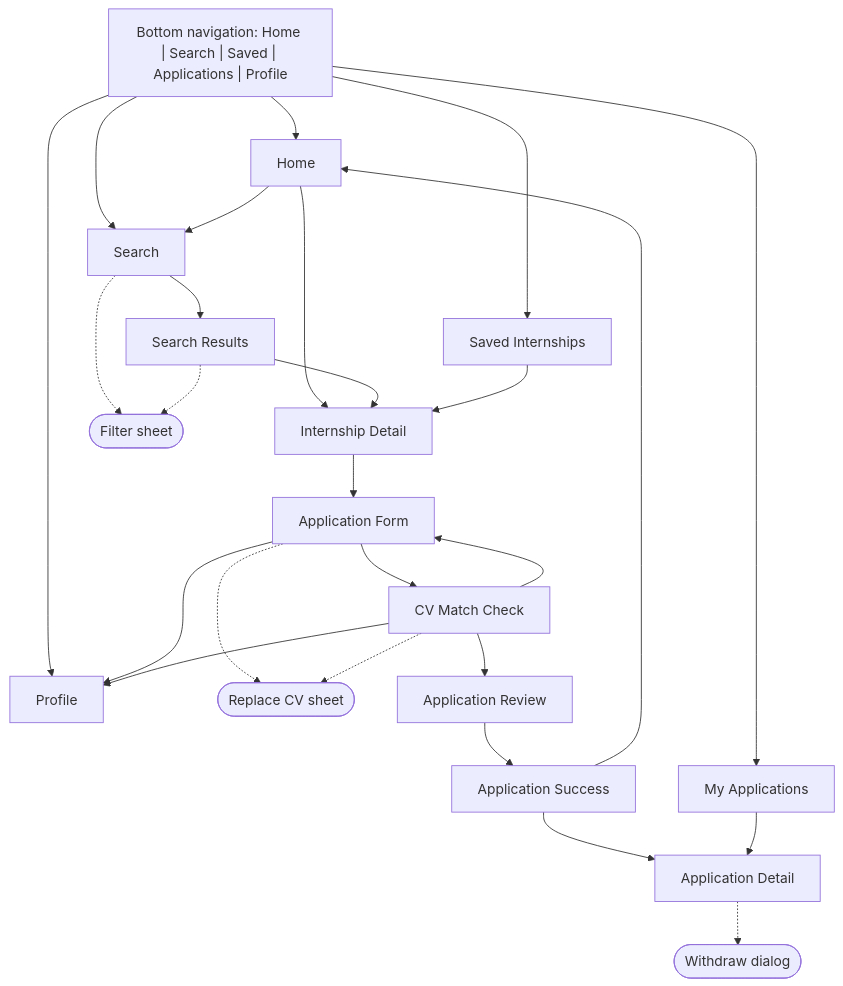
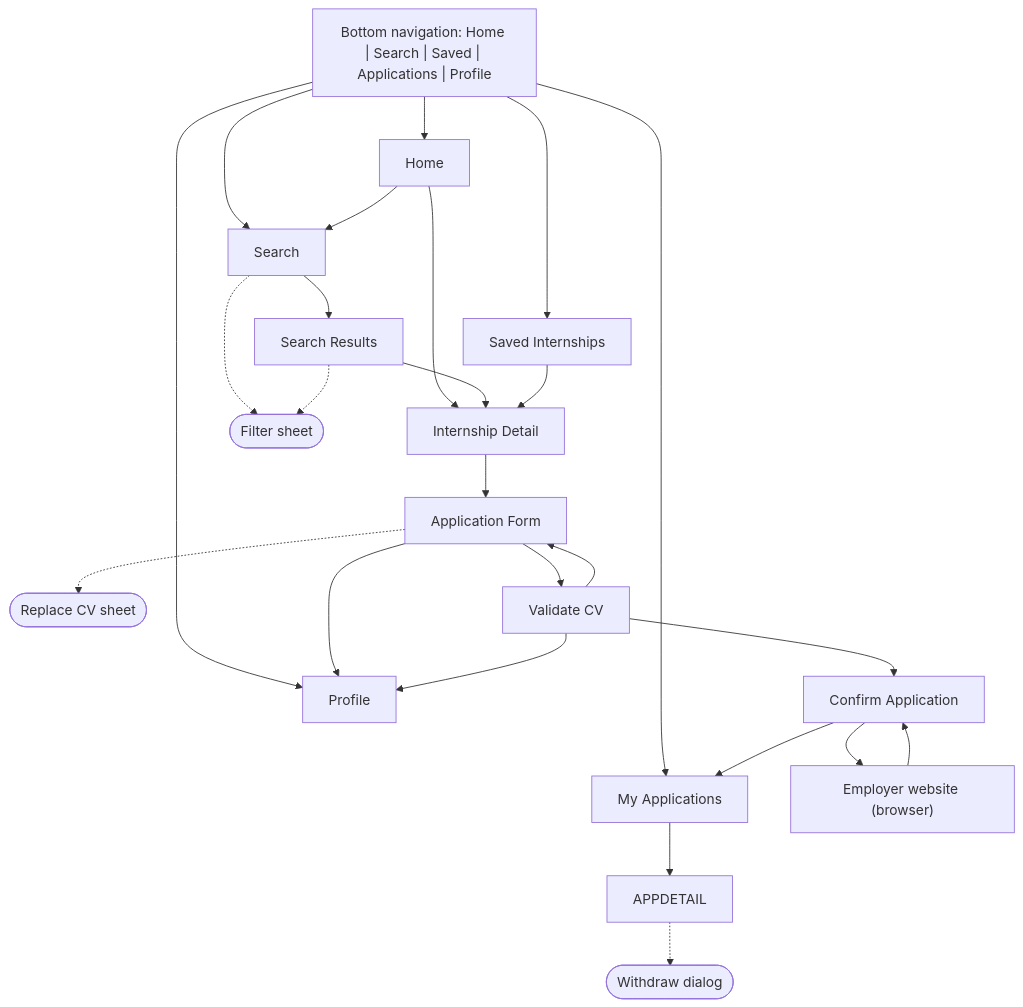
One commit to lamtailoi2/prm323_lab3 changed the first of 4 diagrams in docs/design/user-flow.md. Above: the diagram before and after it, drawn with Mermaid. The commit also changed other lines of this file and 53 other files, not shown here.

First line of the commit message:
feat: complete Lab 3 apply flow, experience ranking and docs

````diff
--- a/docs/design/user-flow.md
+++ b/docs/design/user-flow.md
@@ -38,31 +38,30 @@
 ```mermaid
 flowchart TD
     NAV["Bottom navigation: Home | Search | Saved | Applications | Profile"]
 
     NAV --> HOME["Home"]
     NAV --> SEARCH["Search"]
     NAV --> SAVED["Saved Internships"]
     NAV --> APPS["My Applications"]
     NAV --> PROFILE["Profile"]
 
     HOME --> SEARCH
     HOME --> DETAIL["Internship Detail"]
     SEARCH -.-> FILTER(["Filter sheet"])
     SEARCH --> RESULTS["Search Results"]
     RESULTS -.-> FILTER
     RESULTS --> DETAIL
     SAVED --> DETAIL
     DETAIL --> FORM["Application Form"]
     FORM -.-> CVSHEET(["Replace CV sheet"])
-    FORM --> MATCH["CV Match Check"]
-    MATCH -.-> CVSHEET
-    MATCH --> FORM
-    MATCH --> REVIEW["Application Review"]
-    REVIEW --> SUCCESS["Application Success"]
-    SUCCESS --> APPDETAIL["Application Detail"]
-    SUCCESS --> HOME
+    FORM --> VALIDATE["Validate CV"]
+    VALIDATE --> FORM
+    VALIDATE --> CONFIRM["Confirm Application"]
+    CONFIRM --> EMPLOYER["Employer website (browser)"]
+    EMPLOYER --> CONFIRM
+    CONFIRM --> APPS["My Applications"]
     APPS --> APPDETAIL
     APPDETAIL -.-> WITHDRAW(["Withdraw dialog"])
     FORM --> PROFILE
-    MATCH --> PROFILE
+    VALIDATE --> PROFILE
 ```
````
